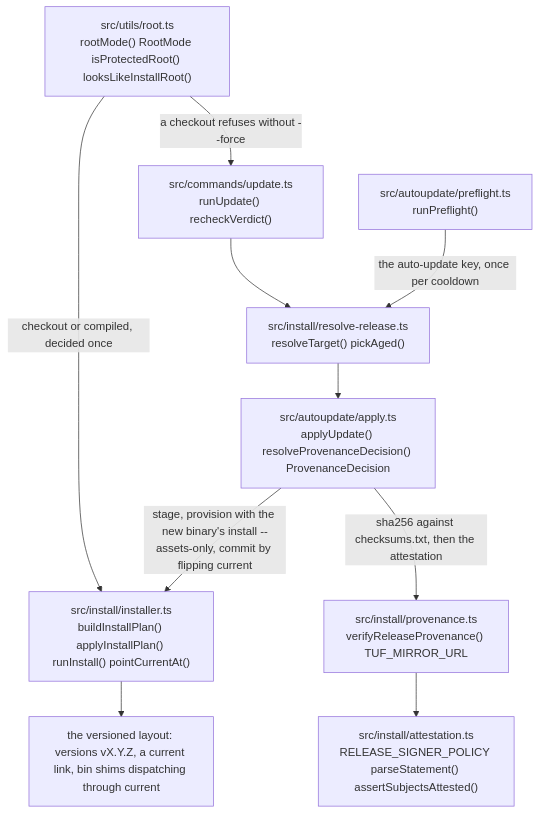
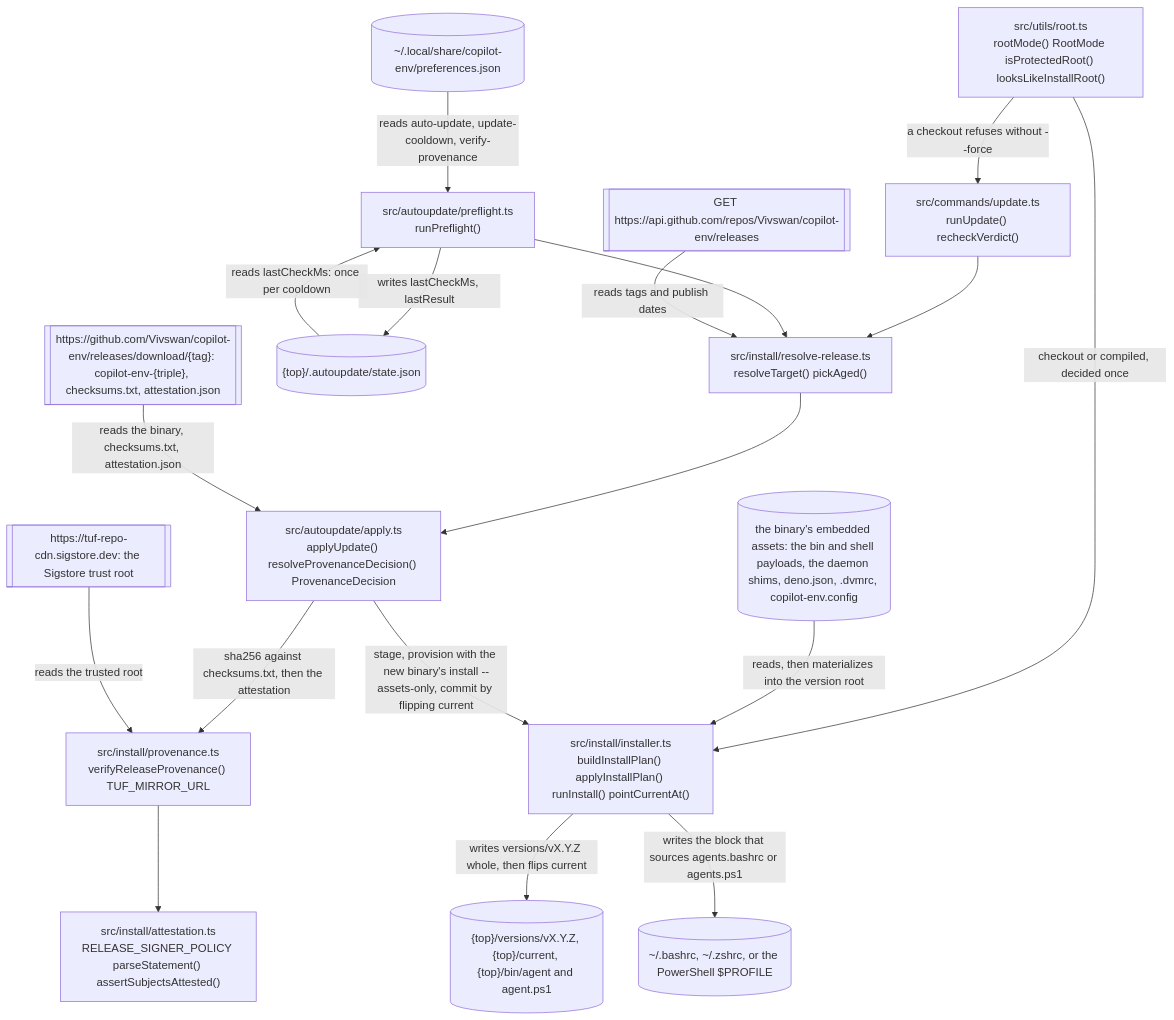
One commit to Vivswan/copilot-env changed the sixth of 8 diagrams in docs/architecture.md. Above: the diagram before and after it, drawn with Mermaid. The commit also changed other lines of this file and 7 other files, not shown here.

Commit message:
docs: start every architecture diagram at what it reads and end at what it writes; group the site sidebar

````diff
--- a/docs/architecture.md
+++ b/docs/architecture.md
@@ -121,21 +169,36 @@
 ```mermaid
 flowchart TD
+  assets[("the binary's embedded assets: the bin and shell payloads, the daemon shims, deno.json, .dvmrc, copilot-env.config")]
+  releases[["GET https://api.github.com/repos/Vivswan/copilot-env/releases"]]
+  download[["https://github.com/Vivswan/copilot-env/releases/download/{tag}: copilot-env-{triple}, checksums.txt, attestation.json"]]
+  tuf[["https://tuf-repo-cdn.sigstore.dev: the Sigstore trust root"]]
+  prefs[("~/.local/share/copilot-env/preferences.json")]
+  autostate[("{top}/.autoupdate/state.json")]
   root["src/utils/root.ts<br>rootMode() RootMode isProtectedRoot() looksLikeInstallRoot()"]
   install["src/install/installer.ts<br>buildInstallPlan() applyInstallPlan() runInstall() pointCurrentAt()"]
-  layout["the versioned layout: versions vX.Y.Z, a current link, bin shims dispatching through current"]
   update["src/commands/update.ts<br>runUpdate() recheckVerdict()"]
   preflight["src/autoupdate/preflight.ts<br>runPreflight()"]
   release["src/install/resolve-release.ts<br>resolveTarget() pickAged()"]
   apply["src/autoupdate/apply.ts<br>applyUpdate() resolveProvenanceDecision() ProvenanceDecision"]
   prov["src/install/provenance.ts<br>verifyReleaseProvenance() TUF_MIRROR_URL"]
   att["src/install/attestation.ts<br>RELEASE_SIGNER_POLICY parseStatement() assertSubjectsAttested()"]
+  layout[("{top}/versions/vX.Y.Z, {top}/current, {top}/bin/agent and agent.ps1")]
+  rcfile[("~/.bashrc, ~/.zshrc, or the PowerShell $PROFILE")]
   root -->|"checkout or compiled, decided once"| install
   root -->|"a checkout refuses without --force"| update
+  assets -->|"reads, then materializes into the version root"| install
+  prefs -->|"reads auto-update, update-cooldown, verify-provenance"| preflight
+  autostate -->|"reads lastCheckMs: once per cooldown"| preflight
   update --> release
-  preflight -->|"the auto-update key, once per cooldown"| release
+  preflight --> release
+  releases -->|"reads tags and publish dates"| release
   release --> apply
+  download -->|"reads the binary, checksums.txt, attestation.json"| apply
   apply -->|"sha256 against checksums.txt, then the attestation"| prov
+  tuf -->|"reads the trusted root"| prov
   prov --> att
   apply -->|"stage, provision with the new binary's install --assets-only, commit by flipping current"| install
-  install --> layout
+  install -->|"writes versions/vX.Y.Z whole, then flips current"| layout
+  install -->|"writes the block that sources agents.bashrc or agents.ps1"| rcfile
+  preflight -->|"writes lastCheckMs, lastResult"| autostate
 ```
````
